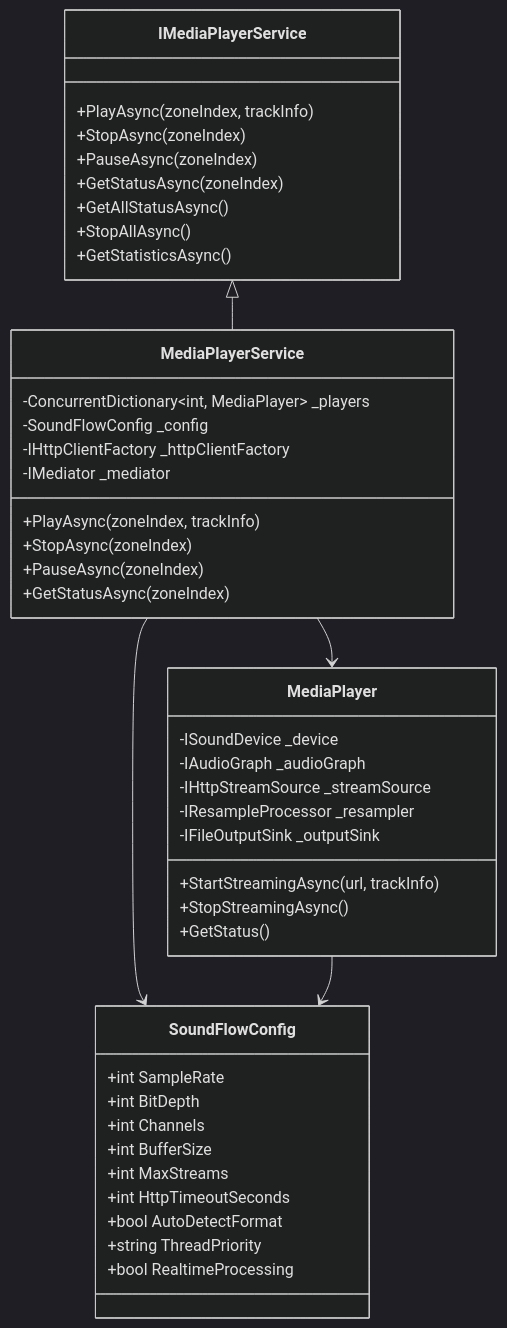
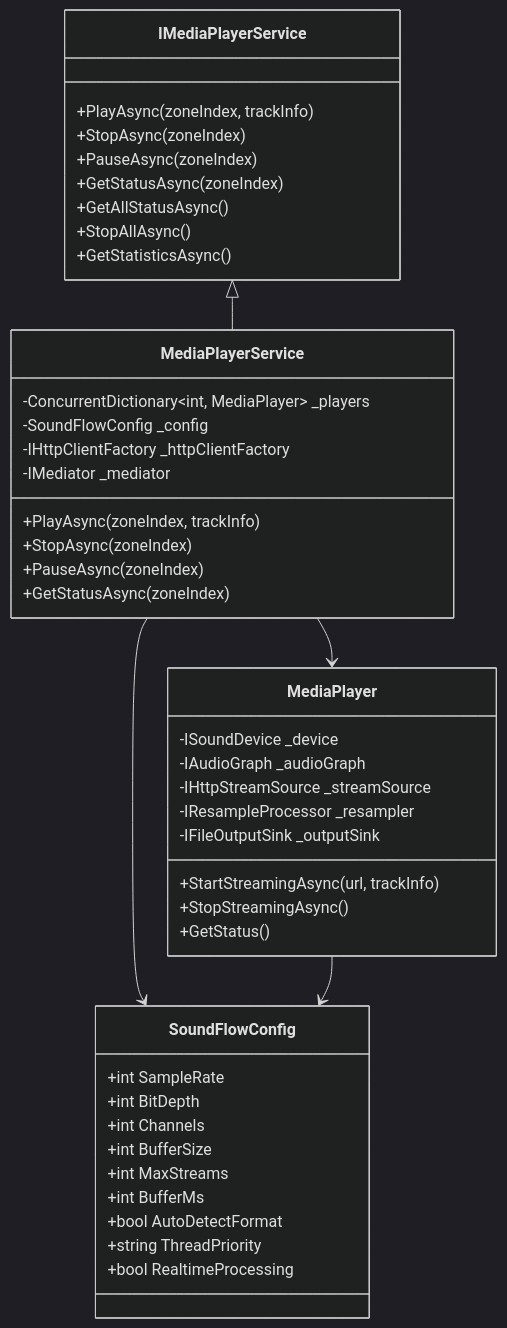
Before and after one commit to metaneutrons/snapdog2: the diagram in docs/implementation/17-soundflow-media-player-implementation.md, drawn with Mermaid (dark theme). The commit also changed 5 other files, not shown here.

````diff
--- a/docs/implementation/17-soundflow-media-player-implementation.md
+++ b/docs/implementation/17-soundflow-media-player-implementation.md
@@ -36,51 +36,51 @@
 ```mermaid
 classDiagram
     class IMediaPlayerService {
         +PlayAsync(zoneIndex, trackInfo)
         +StopAsync(zoneIndex)
         +PauseAsync(zoneIndex)
         +GetStatusAsync(zoneIndex)
         +GetAllStatusAsync()
         +StopAllAsync()
         +GetStatisticsAsync()
     }
 
     class MediaPlayerService {
         -ConcurrentDictionary~int, MediaPlayer~ _players
         -SoundFlowConfig _config
         -IHttpClientFactory _httpClientFactory
         -IMediator _mediator
         +PlayAsync(zoneIndex, trackInfo)
         +StopAsync(zoneIndex)
         +PauseAsync(zoneIndex)
         +GetStatusAsync(zoneIndex)
     }
 
     class MediaPlayer {
         -ISoundDevice _device
         -IAudioGraph _audioGraph
         -IHttpStreamSource _streamSource
         -IResampleProcessor _resampler
         -IFileOutputSink _outputSink
         +StartStreamingAsync(url, trackInfo)
         +StopStreamingAsync()
         +GetStatus()
     }
 
     class SoundFlowConfig {
         +int SampleRate
         +int BitDepth
         +int Channels
         +int BufferSize
         +int MaxStreams
-        +int HttpTimeoutSeconds
+        +int BufferMs
         +bool AutoDetectFormat
         +string ThreadPriority
         +bool RealtimeProcessing
     }
 
     IMediaPlayerService <|-- MediaPlayerService
     MediaPlayerService --> MediaPlayer
     MediaPlayerService --> SoundFlowConfig
     MediaPlayer --> SoundFlowConfig
 ```
````
